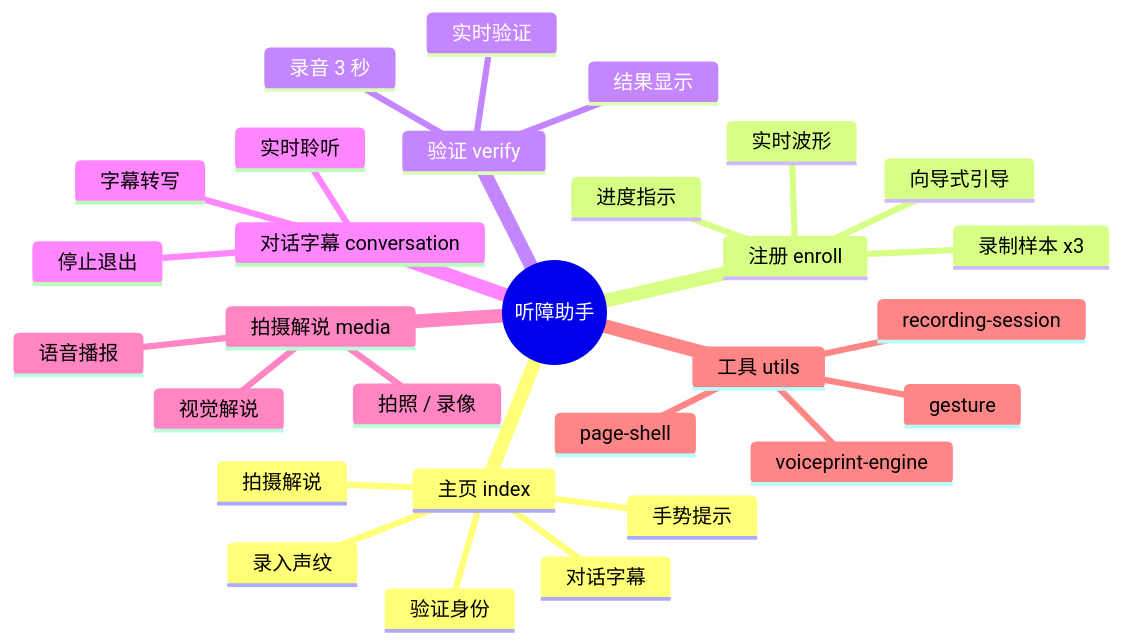
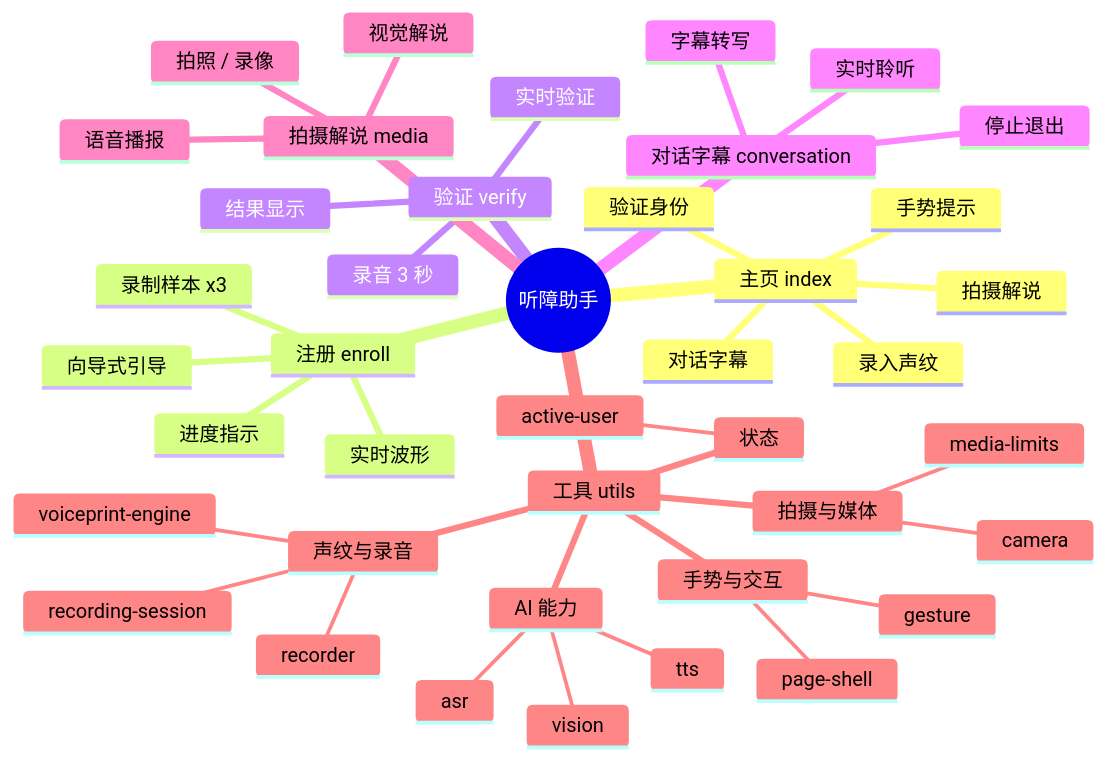
Before and after one commit to cpufreestyle/aiui-voiceprint: the first of 2 diagrams in README.md, drawn with Mermaid. The commit also changed other lines of this file, not shown here.

Commit message:
docs: 补全 utils 模块清单与各页面手势说明
- 思维导图 utils 只列了 4 个, 补全为全部 11 个模块并按职责分组
  (声纹与录音/手势与交互/AI 能力/拍摄与媒体/状态)
- 新增各页面手势具体含义表: 5 个页面的短按/双击/滑动行为各不相同
  (如 media 滑动=切换拍照录像, enroll 向导中双击不退出防误触),
  补充说明统一规范之外的页面差异

````diff
--- a/README.md
+++ b/README.md
@@ -88,32 +98,44 @@
 ```mermaid
 mindmap
   root((听障助手))
     主页 index
       录入声纹
       验证身份
       对话字幕
       拍摄解说
       手势提示
     注册 enroll
       向导式引导
       录制样本 x3
       实时波形
       进度指示
     验证 verify
       录音 3 秒
       实时验证
       结果显示
     对话字幕 conversation
       实时聆听
       字幕转写
       停止退出
     拍摄解说 media
       拍照 / 录像
       视觉解说
       语音播报
     工具 utils
-      voiceprint-engine
-      gesture
-      page-shell
-      recording-session
+      声纹与录音
+        voiceprint-engine
+        recorder
+        recording-session
+      手势与交互
+        gesture
+        page-shell
+      AI 能力
+        asr
+        tts
+        vision
+      拍摄与媒体
+        camera
+        media-limits
+      状态
+        active-user
 ```
````
